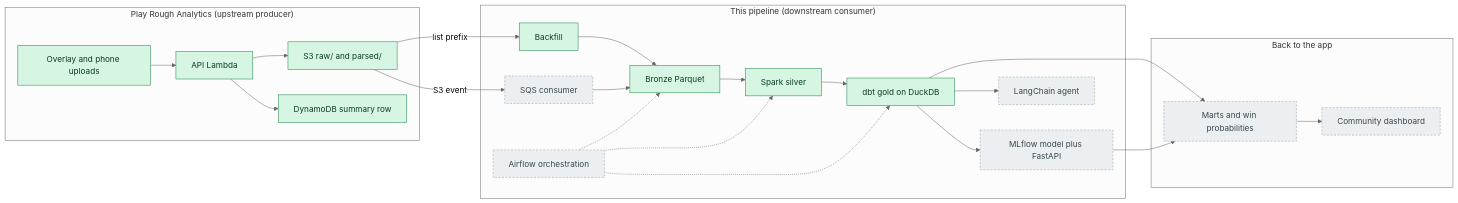
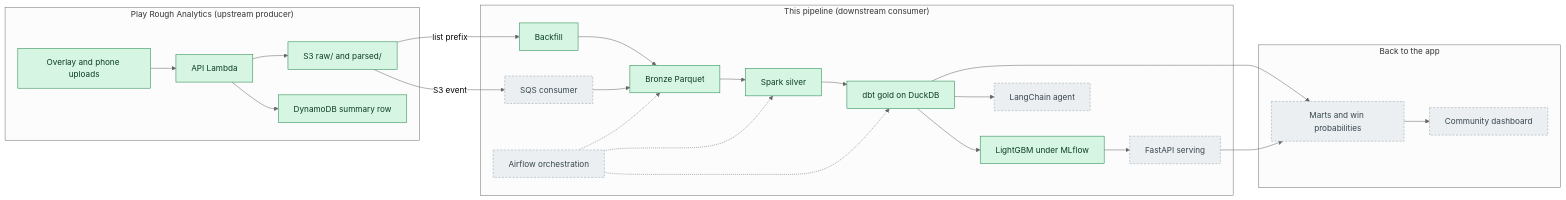
The diagram in README.md (emilioorozco/pokemon-meta-pipeline), drawn with Mermaid (neutral theme) before and after one commit. The commit also changed other lines of this file and 9 other files, not shown here.

First line of the commit message:
Add LightGBM training under MLflow with a logged baseline

````diff
--- a/README.md
+++ b/README.md
@@ -17,44 +17,46 @@
 ```mermaid
 flowchart LR
   subgraph APP["Play Rough Analytics (upstream producer)"]
     UP["Overlay and phone uploads"]
     API["API Lambda"]
     S3["S3 raw/ and parsed/"]
     DDB["DynamoDB summary row"]
     UP --> API
     API --> S3
     API --> DDB
   end
   subgraph PIPE["This pipeline (downstream consumer)"]
     BF["Backfill"]
     SQS["SQS consumer"]
     BRZ["Bronze Parquet"]
     SLV["Spark silver"]
     GLD["dbt gold on DuckDB"]
-    SRV["MLflow model plus FastAPI"]
+    MDL["LightGBM under MLflow"]
+    SRV["FastAPI serving"]
     AGT["LangChain agent"]
     AIR["Airflow orchestration"]
     BF --> BRZ
     SQS --> BRZ
     BRZ --> SLV
     SLV --> GLD
-    GLD --> SRV
+    GLD --> MDL
+    MDL --> SRV
     GLD --> AGT
     AIR -.-> BRZ
     AIR -.-> SLV
     AIR -.-> GLD
   end
   subgraph BACK["Back to the app"]
     PUB["Marts and win probabilities"]
     DASH["Community dashboard"]
     PUB --> DASH
   end
   S3 -- "list prefix" --> BF
   S3 -- "S3 event" --> SQS
   GLD --> PUB
   SRV --> PUB
   classDef done fill:#d6f5e3,stroke:#1e8449,color:#0b3d24
   classDef planned fill:#eceff1,stroke:#90a4ae,stroke-dasharray:4 3,color:#37474f
-  class UP,API,S3,DDB,BF,BRZ,SLV,GLD done
+  class UP,API,S3,DDB,BF,BRZ,SLV,GLD,MDL done
   class SQS,SRV,AGT,AIR,PUB,DASH planned
 ```
````
